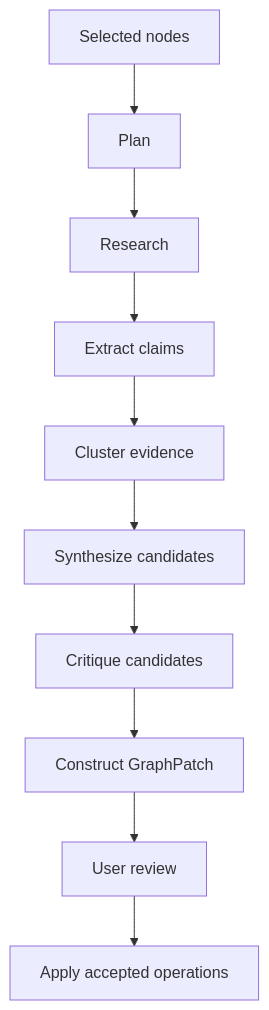
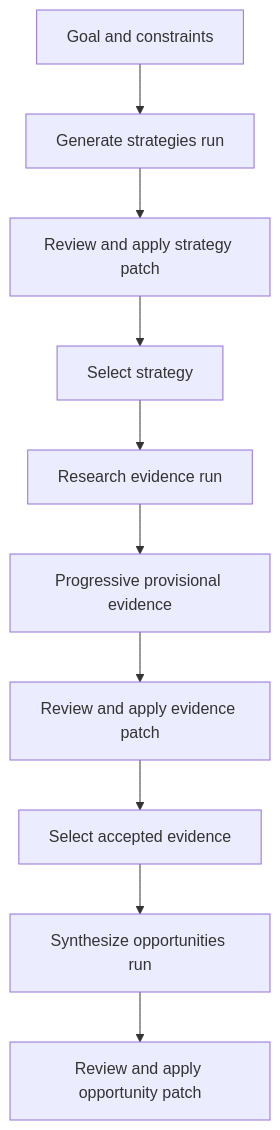
Before and after one commit to dpittaluga76/Proofgraph: the second of 2 diagrams in design.md, drawn with Mermaid. The commit also changed other lines of this file and 1 other file, not shown here.

````diff
--- a/design.md
+++ b/design.md
@@ -851,12 +957,12 @@
 ```mermaid
 flowchart TD
-    A[Selected nodes] --> B[Plan]
-    B --> C[Research]
-    C --> D[Extract claims]
-    D --> E[Cluster evidence]
-    E --> F[Synthesize candidates]
-    F --> G[Critique candidates]
-    G --> H[Construct GraphPatch]
-    H --> I[User review]
-    I --> J[Apply accepted operations]
+    A[Goal and constraints] --> B[Generate strategies run]
+    B --> C[Review and apply strategy patch]
+    C --> D[Select strategy]
+    D --> E[Research evidence run]
+    E --> F[Progressive provisional evidence]
+    F --> G[Review and apply evidence patch]
+    G --> H[Select accepted evidence]
+    H --> I[Synthesize opportunities run]
+    I --> J[Review and apply opportunity patch]
 ```
````
